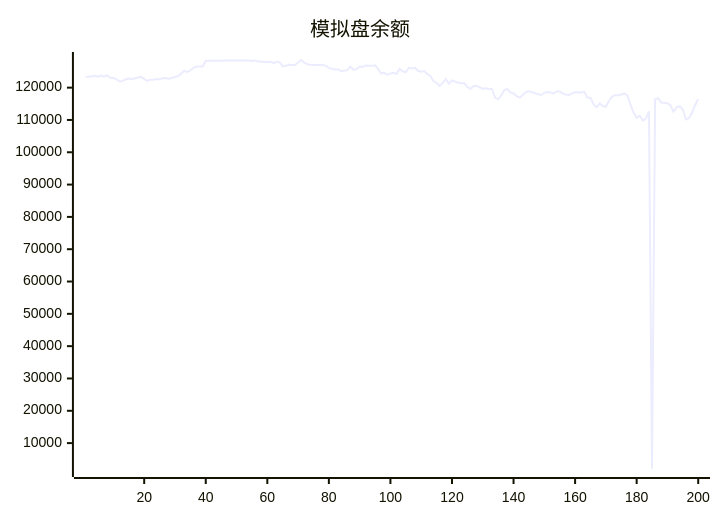
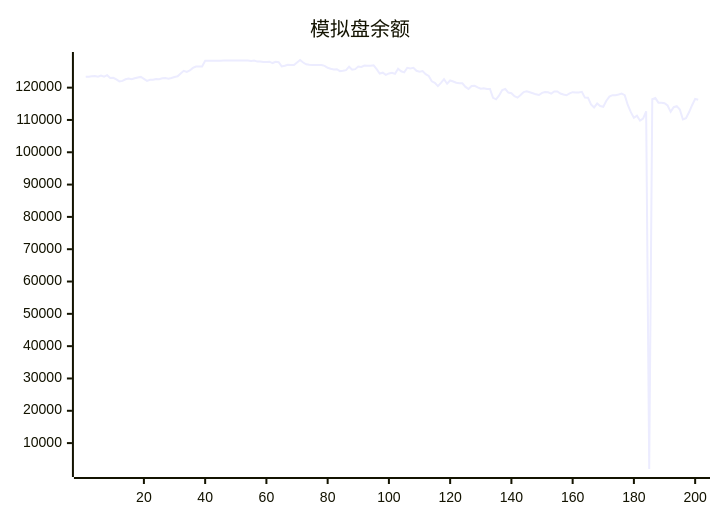
The diagram in README.md (aahl/ai-trading), drawn with Mermaid before and after one commit. The commit also changed other lines of this file and 1 other file, not shown here.

````diff
--- a/README.md
+++ b/README.md
@@ -5,5 +5,5 @@
 ```mermaid
 xychart
     title "模拟盘余额"
-    line [123338,123402,123530,123592,123378,123745,123413,123853,123009,123040,122557,121938,122095,122599,122856,122597,122898,123160,123319,122719,122087,122454,122416,122685,122592,122907,122961,122776,122981,123295,123507,124403,125224,124894,125303,126088,126544,126534,126549,128335,128318,128318,128318,128318,128318,128424,128424,128424,128424,128424,128424,128424,128424,128424,128247,128412,128062,128087,127917,127901,128026,127611,128000,127850,126572,126770,127100,126971,127029,127783,128554,127765,127224,127064,127044,127009,127025,127004,126738,126152,125871,125635,125707,125117,125217,125420,126480,125545,125715,126511,126424,126856,126764,126788,126890,125710,124381,124632,123936,124402,124574,124256,125833,125070,124739,126154,125966,126145,125213,124943,125143,124157,123604,121959,121476,120476,121470,122610,121201,122221,121889,121522,121332,121344,120232,119559,120513,120577,120108,119680,119777,119572,119568,116839,116392,117573,119250,119585,118469,118277,117338,116897,117706,118628,118849,118579,118280,117926,117735,118373,118639,118544,118136,118798,118819,118162,117874,117649,118215,118601,118463,118517,118713,116911,116899,114798,113887,115084,114313,114091,115934,117221,117658,117658,117883,118164,117693,114632,112403,110644,111313,109777,110444,112673,1984,116419,116772,115355,115355,115198,114476,112510,113954,114276,113223,110151,110561,112361,114562,116522]
+    line [123338,123402,123530,123592,123378,123745,123413,123853,123009,123040,122557,121938,122095,122599,122856,122597,122898,123160,123319,122719,122087,122454,122416,122685,122592,122907,122961,122776,122981,123295,123507,124403,125224,124894,125303,126088,126544,126534,126549,128335,128318,128318,128318,128318,128318,128424,128424,128424,128424,128424,128424,128424,128424,128424,128247,128412,128062,128087,127917,127901,128026,127611,128000,127850,126572,126770,127100,126971,127029,127783,128554,127765,127224,127064,127044,127009,127025,127004,126738,126152,125871,125635,125707,125117,125217,125420,126480,125545,125715,126511,126424,126856,126764,126788,126890,125710,124381,124632,123936,124402,124574,124256,125833,125070,124739,126154,125966,126145,125213,124943,125143,124157,123604,121959,121476,120476,121470,122610,121201,122221,121889,121522,121332,121344,120232,119559,120513,120577,120108,119680,119777,119572,119568,116839,116392,117573,119250,119585,118469,118277,117338,116897,117706,118628,118849,118579,118280,117926,117735,118373,118639,118544,118136,118798,118819,118162,117874,117649,118215,118601,118463,118517,118713,116911,116899,114798,113887,115084,114313,114091,115934,117221,117658,117658,117883,118164,117693,114632,112403,110644,111313,109777,110444,112673,1984,116419,116772,115355,115355,115198,114476,112510,113954,114276,113223,110151,110561,112361,114562,116522,116265]
 ```
````
